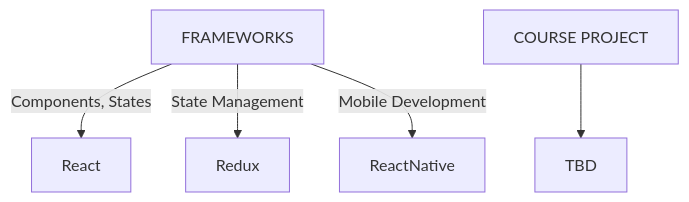
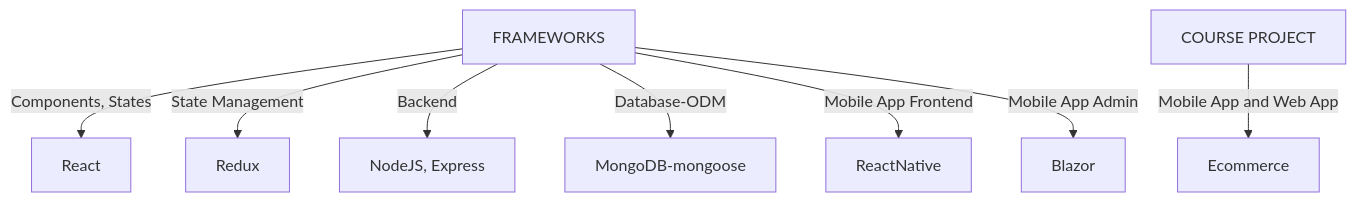
Before and after one commit to prak112/DevSchool-Javascript: the second of 2 diagrams in README.md, drawn with Mermaid. The commit also changed other lines of this file, not shown here.

Commit message:
upd toc,curriculum, add project info, tech reqs

````diff
--- a/README.md
+++ b/README.md
@@ -80,7 +36,10 @@
 ```mermaid
 graph TD
-C[FRAMEWORKS] --Components, States-->D[React]
-C --State Management-->E[Redux]
-C --Mobile Development-->F[ReactNative]
-G[COURSE PROJECT] --> TBD
+FW[FRAMEWORKS] --Components, States-->D[React]
+FW --State Management-->E[Redux]
+FW --Backend-->EX[NodeJS, Express]
+FW --Database-ODM-->MN[MongoDB-mongoose]
+FW --Mobile App Frontend-->F[ReactNative]
+FW --Mobile App Admin-->G[Blazor]
+CP[COURSE PROJECT] --Mobile App and Web App--> EC[Ecommerce]
 ```
````
